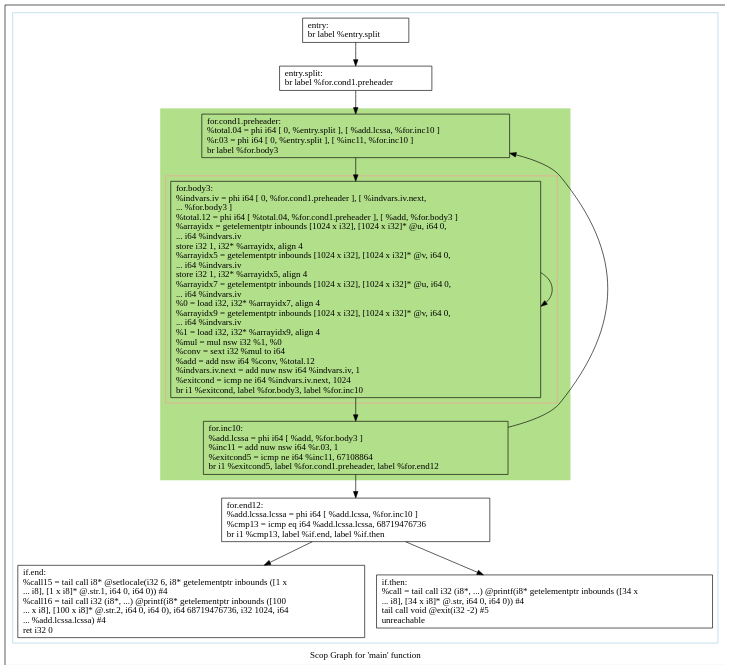
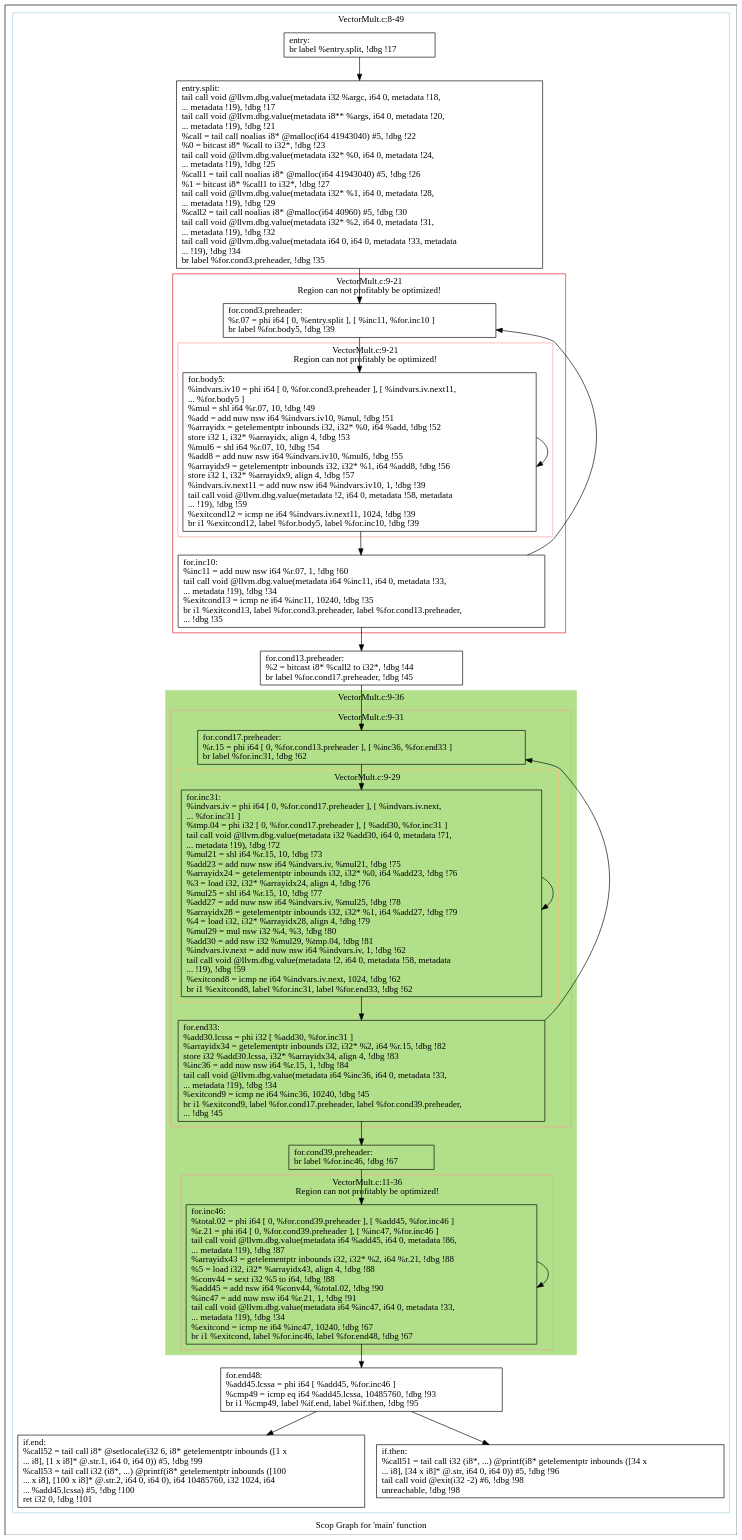
The diagram in polly/VectorMult/impl/handwritten/dot/scops.main.dot (samminweng/WhileyOpenCL), drawn with Graphviz before and after one commit. The commit also changed 63 other files, not shown here.

```diff
--- a/polly/VectorMult/impl/handwritten/dot/scops.main.dot
+++ b/polly/VectorMult/impl/handwritten/dot/scops.main.dot
@@ -1,44 +1,92 @@
 digraph "Scop Graph for 'main' function" {
 	label="Scop Graph for 'main' function";
 
-	Node0x69991b0 [shape=record,label="{entry:\l  br label %entry.split\l}"];
-	Node0x69991b0 -> Node0x69996b0;
-	Node0x69996b0 [shape=record,label="{entry.split:                                      \l  br label %for.cond1.preheader\l}"];
-	Node0x69996b0 -> Node0x699a800;
-	Node0x699a800 [shape=record,label="{for.cond1.preheader:                              \l  %total.04 = phi i64 [ 0, %entry.split ], [ %add.lcssa, %for.inc10 ]\l  %r.03 = phi i64 [ 0, %entry.split ], [ %inc11, %for.inc10 ]\l  br label %for.body3\l}"];
-	Node0x699a800 -> Node0x6999630;
-	Node0x6999630 [shape=record,label="{for.body3:                                        \l  %indvars.iv = phi i64 [ 0, %for.cond1.preheader ], [ %indvars.iv.next,\l... %for.body3 ]\l  %total.12 = phi i64 [ %total.04, %for.cond1.preheader ], [ %add, %for.body3 ]\l  %arrayidx = getelementptr inbounds [1024 x i32], [1024 x i32]* @u, i64 0,\l... i64 %indvars.iv\l  store i32 1, i32* %arrayidx, align 4\l  %arrayidx5 = getelementptr inbounds [1024 x i32], [1024 x i32]* @v, i64 0,\l... i64 %indvars.iv\l  store i32 1, i32* %arrayidx5, align 4\l  %arrayidx7 = getelementptr inbounds [1024 x i32], [1024 x i32]* @u, i64 0,\l... i64 %indvars.iv\l  %0 = load i32, i32* %arrayidx7, align 4\l  %arrayidx9 = getelementptr inbounds [1024 x i32], [1024 x i32]* @v, i64 0,\l... i64 %indvars.iv\l  %1 = load i32, i32* %arrayidx9, align 4\l  %mul = mul nsw i32 %1, %0\l  %conv = sext i32 %mul to i64\l  %add = add nsw i64 %conv, %total.12\l  %indvars.iv.next = add nuw nsw i64 %indvars.iv, 1\l  %exitcond = icmp ne i64 %indvars.iv.next, 1024\l  br i1 %exitcond, label %for.body3, label %for.inc10\l}"];
-	Node0x6999630 -> Node0x6999630[constraint=false];
-	Node0x6999630 -> Node0x699a8b0;
-	Node0x699a8b0 [shape=record,label="{for.inc10:                                        \l  %add.lcssa = phi i64 [ %add, %for.body3 ]\l  %inc11 = add nuw nsw i64 %r.03, 1\l  %exitcond5 = icmp ne i64 %inc11, 67108864\l  br i1 %exitcond5, label %for.cond1.preheader, label %for.end12\l}"];
-	Node0x699a8b0 -> Node0x699a800[constraint=false];
-	Node0x699a8b0 -> Node0x699bc30;
-	Node0x699bc30 [shape=record,label="{for.end12:                                        \l  %add.lcssa.lcssa = phi i64 [ %add.lcssa, %for.inc10 ]\l  %cmp13 = icmp eq i64 %add.lcssa.lcssa, 68719476736\l  br i1 %cmp13, label %if.end, label %if.then\l}"];
-	Node0x699bc30 -> Node0x699bc50;
-	Node0x699bc30 -> Node0x699bdd0;
-	Node0x699bc50 [shape=record,label="{if.end:                                           \l  %call15 = tail call i8* @setlocale(i32 6, i8* getelementptr inbounds ([1 x\l... i8], [1 x i8]* @.str.1, i64 0, i64 0)) #4\l  %call16 = tail call i32 (i8*, ...) @printf(i8* getelementptr inbounds ([100\l... x i8], [100 x i8]* @.str.2, i64 0, i64 0), i64 68719476736, i32 1024, i64\l... %add.lcssa.lcssa) #4\l  ret i32 0\l}"];
-	Node0x699bdd0 [shape=record,label="{if.then:                                          \l  %call = tail call i32 (i8*, ...) @printf(i8* getelementptr inbounds ([34 x\l... i8], [34 x i8]* @.str, i64 0, i64 0)) #4\l  tail call void @exit(i32 -2) #5\l  unreachable\l}"];
+	Node0x54d5170 [shape=record,label="{entry:\l  br label %entry.split, !dbg !17\l}"];
+	Node0x54d5170 -> Node0x54e0790;
+	Node0x54e0790 [shape=record,label="{entry.split:                                      \l  tail call void @llvm.dbg.value(metadata i32 %argc, i64 0, metadata !18,\l... metadata !19), !dbg !17\l  tail call void @llvm.dbg.value(metadata i8** %args, i64 0, metadata !20,\l... metadata !19), !dbg !21\l  %call = tail call noalias i8* @malloc(i64 41943040) #5, !dbg !22\l  %0 = bitcast i8* %call to i32*, !dbg !23\l  tail call void @llvm.dbg.value(metadata i32* %0, i64 0, metadata !24,\l... metadata !19), !dbg !25\l  %call1 = tail call noalias i8* @malloc(i64 41943040) #5, !dbg !26\l  %1 = bitcast i8* %call1 to i32*, !dbg !27\l  tail call void @llvm.dbg.value(metadata i32* %1, i64 0, metadata !28,\l... metadata !19), !dbg !29\l  %call2 = tail call noalias i8* @malloc(i64 40960) #5, !dbg !30\l  tail call void @llvm.dbg.value(metadata i32* %2, i64 0, metadata !31,\l... metadata !19), !dbg !32\l  tail call void @llvm.dbg.value(metadata i64 0, i64 0, metadata !33, metadata\l... !19), !dbg !34\l  br label %for.cond3.preheader, !dbg !35\l}"];
+	Node0x54e0790 -> Node0x54d2e00;
+	Node0x54d2e00 [shape=record,label="{for.cond3.preheader:                              \l  %r.07 = phi i64 [ 0, %entry.split ], [ %inc11, %for.inc10 ]\l  br label %for.body5, !dbg !39\l}"];
+	Node0x54d2e00 -> Node0x54d78c0;
+	Node0x54d78c0 [shape=record,label="{for.body5:                                        \l  %indvars.iv10 = phi i64 [ 0, %for.cond3.preheader ], [ %indvars.iv.next11,\l... %for.body5 ]\l  %mul = shl i64 %r.07, 10, !dbg !49\l  %add = add nuw nsw i64 %indvars.iv10, %mul, !dbg !51\l  %arrayidx = getelementptr inbounds i32, i32* %0, i64 %add, !dbg !52\l  store i32 1, i32* %arrayidx, align 4, !dbg !53\l  %mul6 = shl i64 %r.07, 10, !dbg !54\l  %add8 = add nuw nsw i64 %indvars.iv10, %mul6, !dbg !55\l  %arrayidx9 = getelementptr inbounds i32, i32* %1, i64 %add8, !dbg !56\l  store i32 1, i32* %arrayidx9, align 4, !dbg !57\l  %indvars.iv.next11 = add nuw nsw i64 %indvars.iv10, 1, !dbg !39\l  tail call void @llvm.dbg.value(metadata !2, i64 0, metadata !58, metadata\l... !19), !dbg !59\l  %exitcond12 = icmp ne i64 %indvars.iv.next11, 1024, !dbg !39\l  br i1 %exitcond12, label %for.body5, label %for.inc10, !dbg !39\l}"];
+	Node0x54d78c0 -> Node0x54d78c0[constraint=false];
+	Node0x54d78c0 -> Node0x54dfcb0;
+	Node0x54dfcb0 [shape=record,label="{for.inc10:                                        \l  %inc11 = add nuw nsw i64 %r.07, 1, !dbg !60\l  tail call void @llvm.dbg.value(metadata i64 %inc11, i64 0, metadata !33,\l... metadata !19), !dbg !34\l  %exitcond13 = icmp ne i64 %inc11, 10240, !dbg !35\l  br i1 %exitcond13, label %for.cond3.preheader, label %for.cond13.preheader,\l... !dbg !35\l}"];
+	Node0x54dfcb0 -> Node0x54d2e00[constraint=false];
+	Node0x54dfcb0 -> Node0x551fc50;
+	Node0x551fc50 [shape=record,label="{for.cond13.preheader:                             \l  %2 = bitcast i8* %call2 to i32*, !dbg !44\l  br label %for.cond17.preheader, !dbg !45\l}"];
+	Node0x551fc50 -> Node0x54d28e0;
+	Node0x54d28e0 [shape=record,label="{for.cond17.preheader:                             \l  %r.15 = phi i64 [ 0, %for.cond13.preheader ], [ %inc36, %for.end33 ]\l  br label %for.inc31, !dbg !62\l}"];
+	Node0x54d28e0 -> Node0x54fccd0;
+	Node0x54fccd0 [shape=record,label="{for.inc31:                                        \l  %indvars.iv = phi i64 [ 0, %for.cond17.preheader ], [ %indvars.iv.next,\l... %for.inc31 ]\l  %tmp.04 = phi i32 [ 0, %for.cond17.preheader ], [ %add30, %for.inc31 ]\l  tail call void @llvm.dbg.value(metadata i32 %add30, i64 0, metadata !71,\l... metadata !19), !dbg !72\l  %mul21 = shl i64 %r.15, 10, !dbg !73\l  %add23 = add nuw nsw i64 %indvars.iv, %mul21, !dbg !75\l  %arrayidx24 = getelementptr inbounds i32, i32* %0, i64 %add23, !dbg !76\l  %3 = load i32, i32* %arrayidx24, align 4, !dbg !76\l  %mul25 = shl i64 %r.15, 10, !dbg !77\l  %add27 = add nuw nsw i64 %indvars.iv, %mul25, !dbg !78\l  %arrayidx28 = getelementptr inbounds i32, i32* %1, i64 %add27, !dbg !79\l  %4 = load i32, i32* %arrayidx28, align 4, !dbg !79\l  %mul29 = mul nsw i32 %4, %3, !dbg !80\l  %add30 = add nsw i32 %mul29, %tmp.04, !dbg !81\l  %indvars.iv.next = add nuw nsw i64 %indvars.iv, 1, !dbg !62\l  tail call void @llvm.dbg.value(metadata !2, i64 0, metadata !58, metadata\l... !19), !dbg !59\l  %exitcond8 = icmp ne i64 %indvars.iv.next, 1024, !dbg !62\l  br i1 %exitcond8, label %for.inc31, label %for.end33, !dbg !62\l}"];
+	Node0x54fccd0 -> Node0x54fccd0[constraint=false];
+	Node0x54fccd0 -> Node0x54d2900;
+	Node0x54d2900 [shape=record,label="{for.end33:                                        \l  %add30.lcssa = phi i32 [ %add30, %for.inc31 ]\l  %arrayidx34 = getelementptr inbounds i32, i32* %2, i64 %r.15, !dbg !82\l  store i32 %add30.lcssa, i32* %arrayidx34, align 4, !dbg !83\l  %inc36 = add nuw nsw i64 %r.15, 1, !dbg !84\l  tail call void @llvm.dbg.value(metadata i64 %inc36, i64 0, metadata !33,\l... metadata !19), !dbg !34\l  %exitcond9 = icmp ne i64 %inc36, 10240, !dbg !45\l  br i1 %exitcond9, label %for.cond17.preheader, label %for.cond39.preheader,\l... !dbg !45\l}"];
+	Node0x54d2900 -> Node0x54d28e0[constraint=false];
+	Node0x54d2900 -> Node0x54d6370;
+	Node0x54d6370 [shape=record,label="{for.cond39.preheader:                             \l  br label %for.inc46, !dbg !67\l}"];
+	Node0x54d6370 -> Node0x54e0770;
+	Node0x54e0770 [shape=record,label="{for.inc46:                                        \l  %total.02 = phi i64 [ 0, %for.cond39.preheader ], [ %add45, %for.inc46 ]\l  %r.21 = phi i64 [ 0, %for.cond39.preheader ], [ %inc47, %for.inc46 ]\l  tail call void @llvm.dbg.value(metadata i64 %add45, i64 0, metadata !86,\l... metadata !19), !dbg !87\l  %arrayidx43 = getelementptr inbounds i32, i32* %2, i64 %r.21, !dbg !88\l  %5 = load i32, i32* %arrayidx43, align 4, !dbg !88\l  %conv44 = sext i32 %5 to i64, !dbg !88\l  %add45 = add nsw i64 %conv44, %total.02, !dbg !90\l  %inc47 = add nuw nsw i64 %r.21, 1, !dbg !91\l  tail call void @llvm.dbg.value(metadata i64 %inc47, i64 0, metadata !33,\l... metadata !19), !dbg !34\l  %exitcond = icmp ne i64 %inc47, 10240, !dbg !67\l  br i1 %exitcond, label %for.inc46, label %for.end48, !dbg !67\l}"];
+	Node0x54e0770 -> Node0x54e0770[constraint=false];
+	Node0x54e0770 -> Node0x54dfd30;
+	Node0x54dfd30 [shape=record,label="{for.end48:                                        \l  %add45.lcssa = phi i64 [ %add45, %for.inc46 ]\l  %cmp49 = icmp eq i64 %add45.lcssa, 10485760, !dbg !93\l  br i1 %cmp49, label %if.end, label %if.then, !dbg !95\l}"];
+	Node0x54dfd30 -> Node0x54de590;
+	Node0x54dfd30 -> Node0x54dfdf0;
+	Node0x54de590 [shape=record,label="{if.end:                                           \l  %call52 = tail call i8* @setlocale(i32 6, i8* getelementptr inbounds ([1 x\l... i8], [1 x i8]* @.str.1, i64 0, i64 0)) #5, !dbg !99\l  %call53 = tail call i32 (i8*, ...) @printf(i8* getelementptr inbounds ([100\l... x i8], [100 x i8]* @.str.2, i64 0, i64 0), i64 10485760, i32 1024, i64\l... %add45.lcssa) #5, !dbg !100\l  ret i32 0, !dbg !101\l}"];
+	Node0x54dfdf0 [shape=record,label="{if.then:                                          \l  %call51 = tail call i32 (i8*, ...) @printf(i8* getelementptr inbounds ([34 x\l... i8], [34 x i8]* @.str, i64 0, i64 0)) #5, !dbg !96\l  tail call void @exit(i32 -2) #6, !dbg !98\l  unreachable, !dbg !98\l}"];
 	colorscheme = "paired12"
-        subgraph cluster_0x698aad0 {
-          label = "";
+        subgraph cluster_0x54d9c90 {
+          label = "VectorMult.c:8-49
+";
           style = solid;
           color = 1
-          subgraph cluster_0x698b700 {
-            label = "";
-            style = filled;
-            color = 3            subgraph cluster_0x698ae60 {
-              label = "";
+          subgraph cluster_0x54d50f0 {
+            label = "VectorMult.c:9-21
+Region can not profitably be optimized!";
+            style = solid;
+            color = 6
+            subgraph cluster_0x54d5350 {
+              label = "VectorMult.c:9-21
+Region can not profitably be optimized!";
               style = solid;
               color = 5
-              Node0x6999630;
+              Node0x54d78c0;
             }
-            Node0x699a800;
-            Node0x699a8b0;
+            Node0x54d2e00;
+            Node0x54dfcb0;
           }
-          Node0x69991b0;
-          Node0x69996b0;
-          Node0x699bc30;
-          Node0x699bc50;
-          Node0x699bdd0;
+          subgraph cluster_0x54dac80 {
+            label = "VectorMult.c:9-36
+";
+            style = filled;
+            color = 3            subgraph cluster_0x54d52d0 {
+              label = "VectorMult.c:9-31
+";
+              style = solid;
+              color = 5
+              subgraph cluster_0x54db410 {
+                label = "VectorMult.c:9-29
+";
+                style = solid;
+                color = 7
+                Node0x54fccd0;
+              }
+              Node0x54d28e0;
+              Node0x54d2900;
+            }
+            subgraph cluster_0x54db390 {
+              label = "VectorMult.c:11-36
+Region can not profitably be optimized!";
+              style = solid;
+              color = 5
+              Node0x54e0770;
+            }
+            Node0x54d6370;
+          }
+          Node0x54d5170;
+          Node0x54e0790;
+          Node0x551fc50;
+          Node0x54dfd30;
+          Node0x54de590;
+          Node0x54dfdf0;
         }
 }
```
